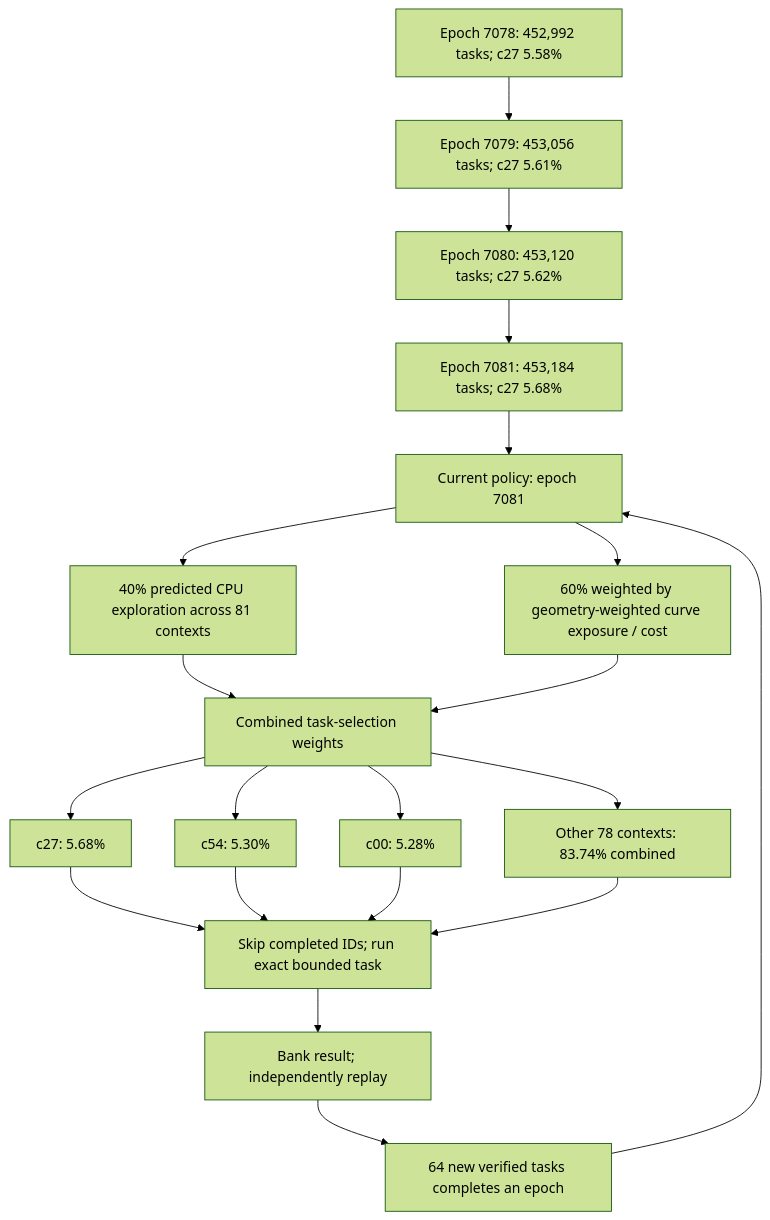
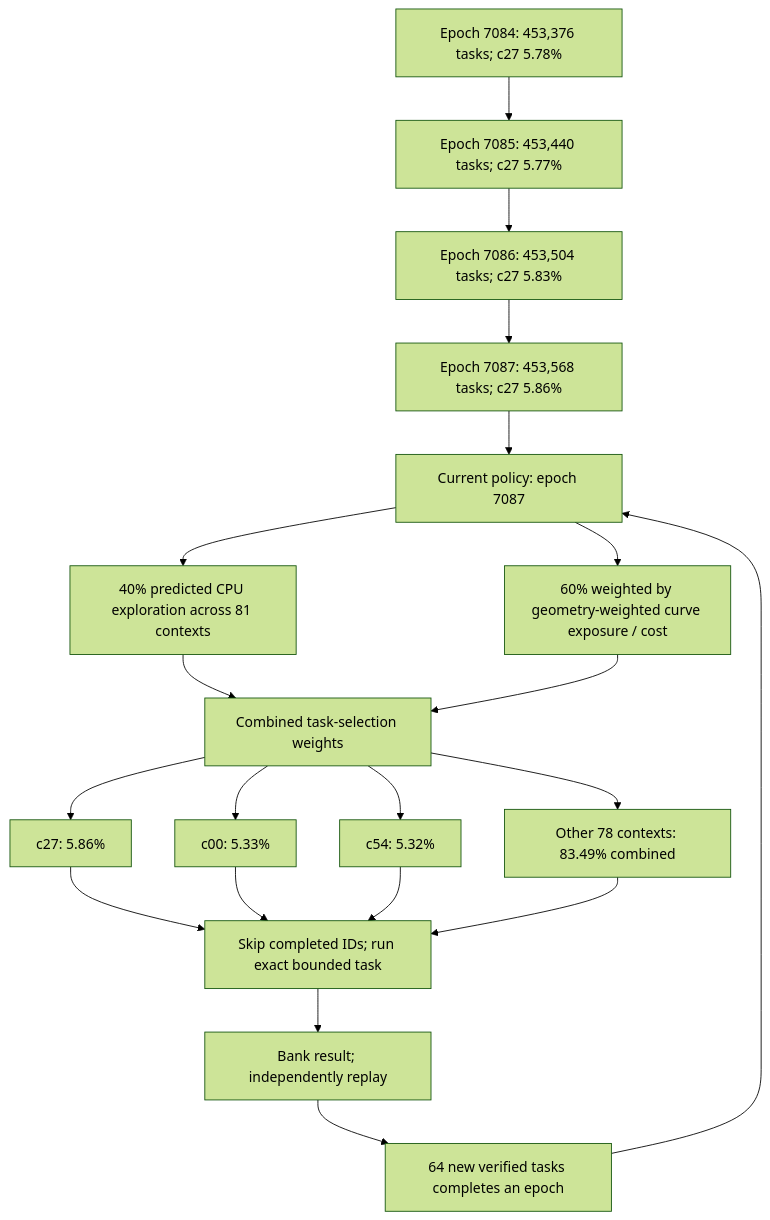
Before and after one commit to Kuberwastaken/math-gambling: the first of 4 diagrams in README.md, drawn with Mermaid (forest theme). The commit also changed other lines of this file and 1448 other files, not shown here.

````diff
--- a/README.md
+++ b/README.md
@@ -60,27 +60,27 @@
 ```mermaid
 flowchart TD
-    H0["Epoch 7078: 452,992 tasks; c27 5.58%"]
-    H1["Epoch 7079: 453,056 tasks; c27 5.61%"]
+    H0["Epoch 7084: 453,376 tasks; c27 5.78%"]
+    H1["Epoch 7085: 453,440 tasks; c27 5.77%"]
     H0 --> H1
-    H2["Epoch 7080: 453,120 tasks; c27 5.62%"]
+    H2["Epoch 7086: 453,504 tasks; c27 5.83%"]
     H1 --> H2
-    H3["Epoch 7081: 453,184 tasks; c27 5.68%"]
+    H3["Epoch 7087: 453,568 tasks; c27 5.86%"]
     H2 --> H3
-    Policy["Current policy: epoch 7081"]
+    Policy["Current policy: epoch 7087"]
     H3 --> Policy
     Policy --> Explore["40% predicted CPU exploration across 81 contexts"]
     Policy --> Cost["60% weighted by geometry-weighted curve exposure / cost"]
     Explore --> Mix["Combined task-selection weights"]
     Cost --> Mix
-    Mix --> C0["c27: 5.68%"]
-    Mix --> C1["c54: 5.30%"]
-    Mix --> C2["c00: 5.28%"]
-    Mix --> Rest["Other 78 contexts: 83.74% combined"]
+    Mix --> C0["c27: 5.86%"]
+    Mix --> C1["c00: 5.33%"]
+    Mix --> C2["c54: 5.32%"]
+    Mix --> Rest["Other 78 contexts: 83.49% combined"]
     C0 --> Check["Skip completed IDs; run exact bounded task"]
     C1 --> Check
     C2 --> Check
     Rest --> Check
     Check --> Replay["Bank result; independently replay"]
     Replay --> Gate["64 new verified tasks completes an epoch"]
     Gate --> Policy
 ```
````
